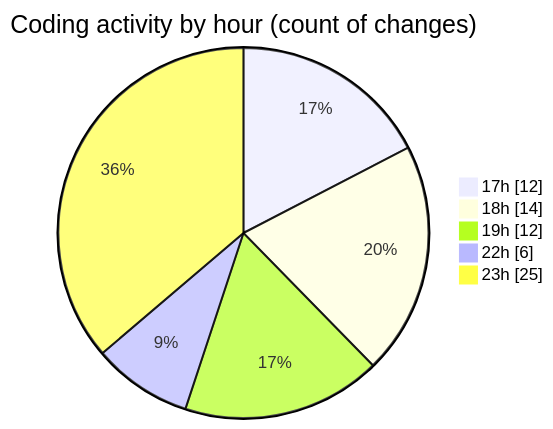
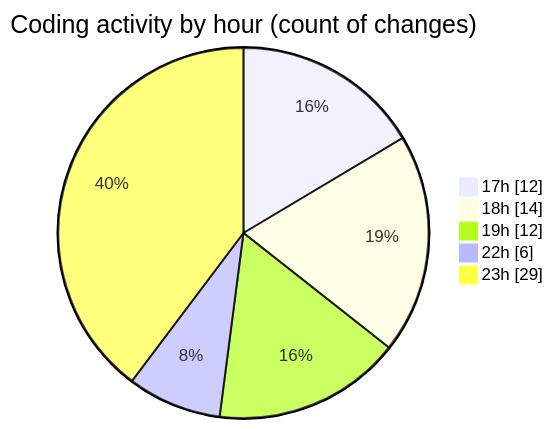
Before and after one commit to donsfak/code-tracking: the second of 2 diagrams in 2025-02-16/uber_clone/README.md, drawn with Mermaid. The commit also changed other lines of this file and 1 other file, not shown here.

````diff
--- a/2025-02-16/uber_clone/README.md
+++ b/2025-02-16/uber_clone/README.md
@@ -44,9 +44,9 @@
 ```mermaid
 pie showData
 title Coding activity by hour (count of changes)
 "17h" : 12
 "18h" : 14
 "19h" : 12
 "22h" : 6
-"23h" : 25
+"23h" : 29
 ```
````
